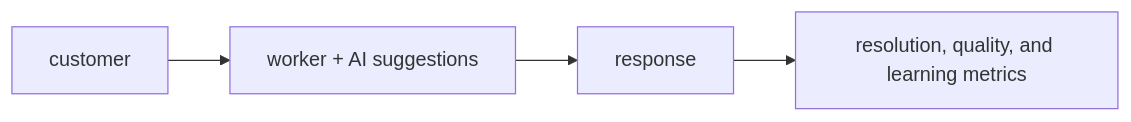
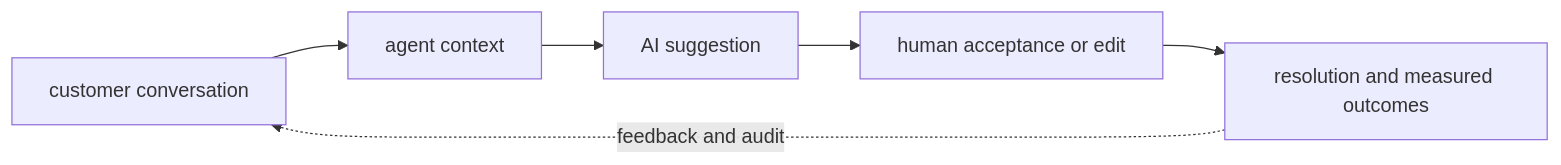
Before and after one commit to niyama-admin/learning-lab: the first of 2 diagrams in llm-learning-repository/tutorials/05-small-business/23-customer-support.md, drawn with Mermaid. The commit also changed other lines of this file and 24 other files, not shown here.

````diff
--- a/llm-learning-repository/tutorials/05-small-business/23-customer-support.md
+++ b/llm-learning-repository/tutorials/05-small-business/23-customer-support.md
@@ -9,6 +22,8 @@
 ```mermaid
 flowchart LR
-  A["customer"] --> B["worker + AI suggestions"]
-  B["worker + AI suggestions"] --> C["response"]
-  C["response"] --> D["resolution, quality, and learning metrics"]
+  A["customer conversation"] --> B["agent context"]
+  B --> C["AI suggestion"]
+  C --> D["human acceptance or edit"]
+  D --> E["resolution and measured outcomes"]
+  E -. feedback and audit .-> A
 ```
````
